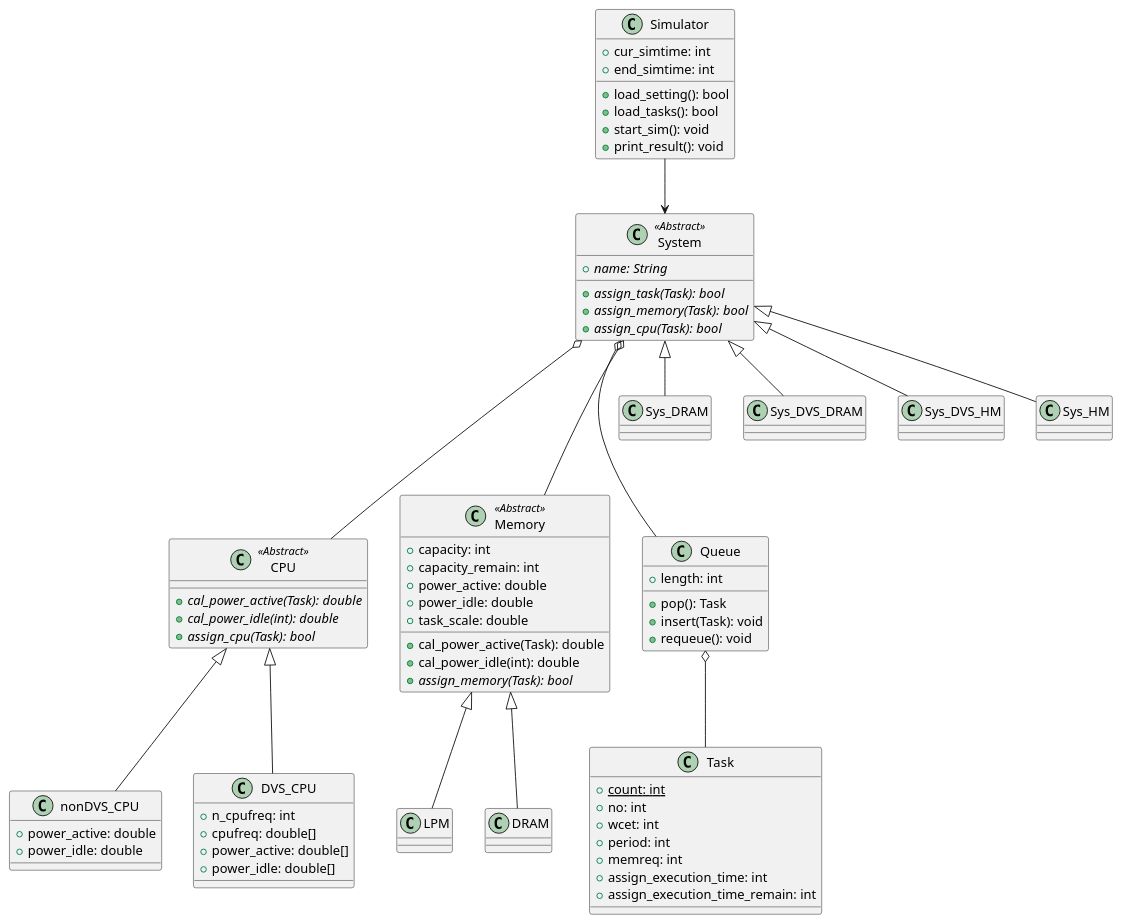
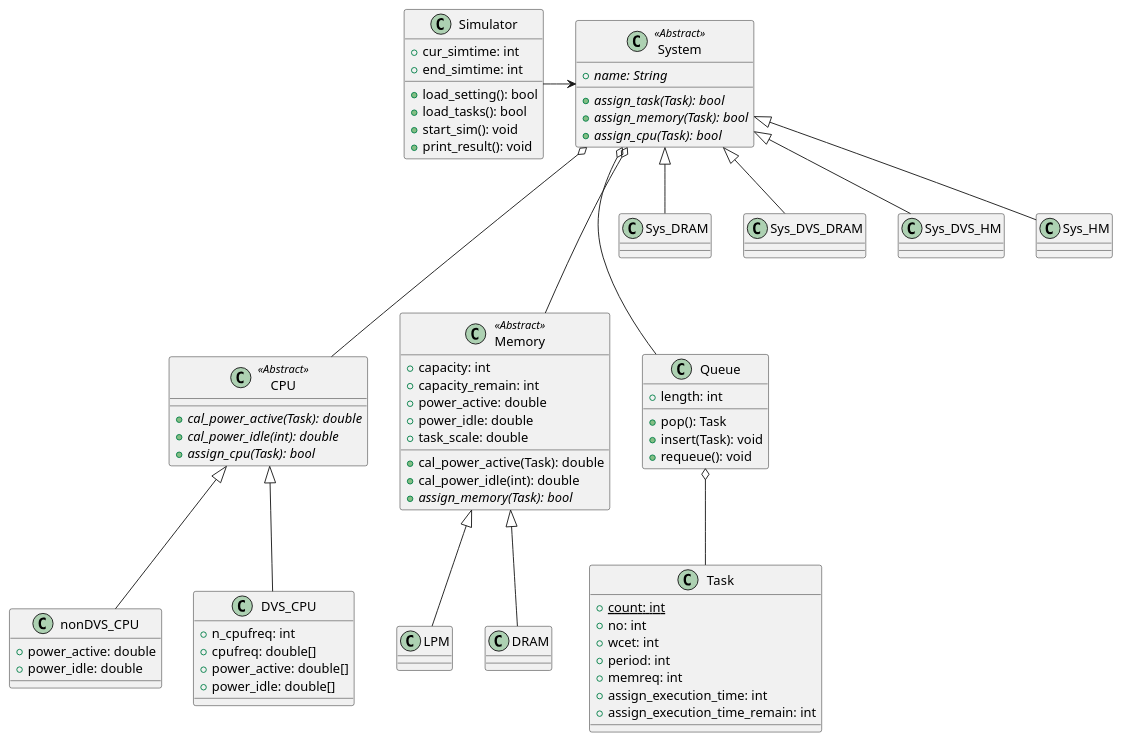
Before and after one commit to TacoCurry/RTSim: the diagram in Diagram/ClassDiagram.plantuml, drawn with PlantUML. The commit also changed 14 other files, not shown here.

```diff
--- a/Diagram/ClassDiagram.plantuml
+++ b/Diagram/ClassDiagram.plantuml
@@ -1,135 +1,135 @@
 @startuml
 
 /'Simulator'/
 
 class Simulator{
     +{field} cur_simtime: int
     +{field} end_simtime: int
 
     +{method} load_setting(): bool
     +{method} load_tasks(): bool 
     +{method} start_sim(): void
     +{method} print_result(): void
 }
 
-Simulator --> System
+Simulator -> System
 
 /'<System>
 하나의 임베디드 시스템을 의미합니다.
 시스템은 CPU와 메모리 등으로 구성됩니다.
 '/
 
 class System <<Abstract>>
 class System{
     +{field}{abstract} name: String
 
     +{method}{abstract} assign_task(Task): bool
     +{method}{abstract} assign_memory(Task): bool
     +{method}{abstract} assign_cpu(Task): bool
 }
 
 System o--- CPU
 System o--- Memory
 System o--- Queue
 System <|-- Sys_DRAM
 System <|-- Sys_DVS_DRAM
 System <|-- Sys_DVS_HM
 System <|-- Sys_HM
 
 class Sys_DRAM{
 
 }
 
 class Sys_HM{
 
 }
 
 class Sys_DVS_DRAM{
 
 }
 
 class Sys_DVS_HM{
 
 }
 
 
 /'<CPU>
 CPU는 프로세서이며 System의 구성요소입니다.
 CPU는 하나입니다. (싱글코어 환경이므로)
 '/
 
 class CPU <<Abstract>>
 class CPU {
     +{method}{abstract} cal_power_active(Task): double 
     +{method}{abstract} cal_power_idle(int): double
     +{method}{abstract} assign_cpu(Task): bool
 } 
 
 CPU <|-- nonDVS_CPU
 CPU <|-- DVS_CPU
 
 class DVS_CPU{
     +{field} n_cpufreq: int
     +{field} cpufreq: double[]
     +{field} power_active: double[]
     +{field} power_idle: double[]
 }
 
 class nonDVS_CPU{
     +{field} power_active: double
     +{field} power_idle: double
 }
 
 /'<Memory>
 Memory는 System의 구성요소입니다.
 System은 한 개 혹은 여러개의 메모리를 가집니다.'/
 
 class Memory <<Abstract>>
 class Memory{
     +{field} capacity: int
     +{field} capacity_remain: int
     +{field} power_active: double
     +{field} power_idle: double
     +{field} task_scale: double
 
     +{method} cal_power_active(Task): double
     +{method} cal_power_idle(int): double
     +{method}{abstract} assign_memory(Task): bool
 }
 
 Memory <|-- LPM
 Memory <|-- DRAM
 
 class LPM{
 
 }
 
 class DRAM{
 
 }
 
 /'Queue'/
 class Queue{
     +{field} length: int
     
     +{method} pop(): Task
     +{method} insert(Task): void
     +{method} requeue(): void
 }
 
 Queue o-- Task
 
 /'Task'/
 
 class Task{
     +{static}{field} count: int
     +{field} no: int
     +{field} wcet: int
     +{field} period: int
     +{field} memreq: int
     +{field} assign_execution_time: int
     +{field} assign_execution_time_remain: int
 
 }
 
 @enduml
```
